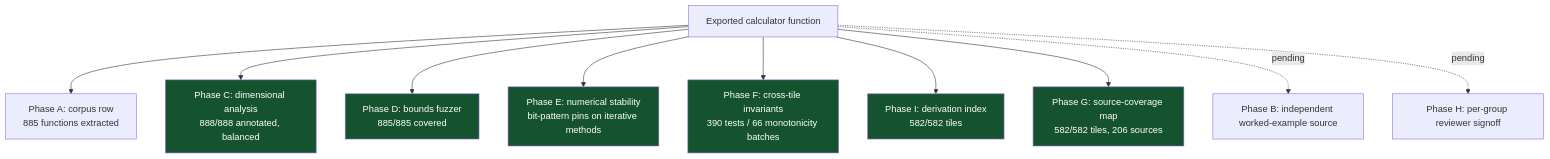
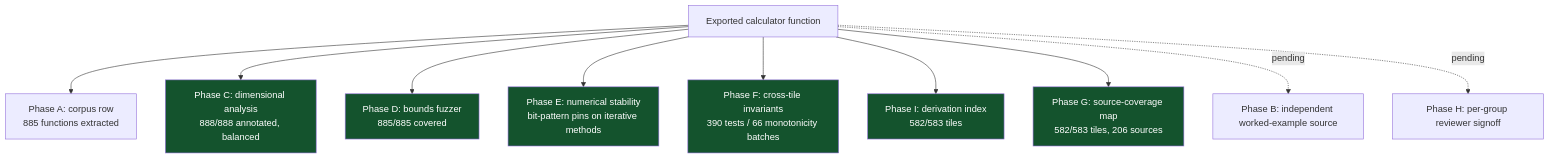
One commit to clay-good/roughlogic.com changed the fifth of 7 diagrams in README.md. Above: the diagram before and after it, drawn with Mermaid. The commit also changed other lines of this file and 15 other files, not shown here.

````diff
--- a/README.md
+++ b/README.md
@@ -336,18 +336,18 @@
 ```mermaid
 flowchart TB
     F[Exported calculator function] --> A[Phase A: corpus row\n885 functions extracted]
     F --> C[Phase C: dimensional analysis\n888/888 annotated, balanced]
     F --> D[Phase D: bounds fuzzer\n885/885 covered]
     F --> E[Phase E: numerical stability\nbit-pattern pins on iterative methods]
     F --> Fa[Phase F: cross-tile invariants\n390 tests / 66 monotonicity batches]
-    F --> I[Phase I: derivation index\n582/582 tiles]
-    F --> G[Phase G: source-coverage map\n582/582 tiles, 206 sources]
+    F --> I[Phase I: derivation index\n582/583 tiles]
+    F --> G[Phase G: source-coverage map\n582/583 tiles, 206 sources]
     F -.pending.-> B[Phase B: independent worked-example source]
     F -.pending.-> H[Phase H: per-group reviewer signoff]
     style C fill:#14532d,color:#fff
     style D fill:#14532d,color:#fff
     style E fill:#14532d,color:#fff
     style Fa fill:#14532d,color:#fff
     style G fill:#14532d,color:#fff
     style I fill:#14532d,color:#fff
 ```
````
